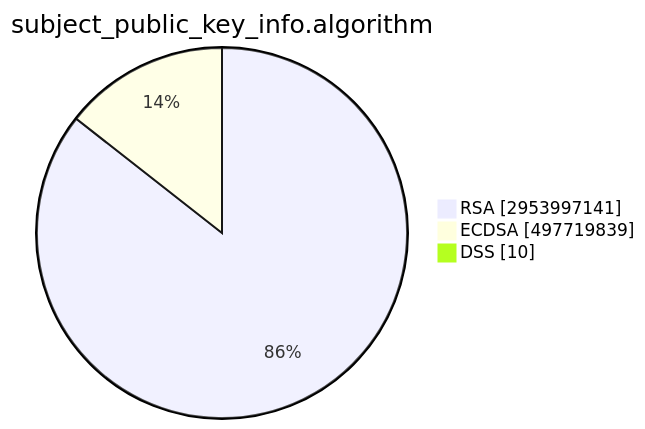
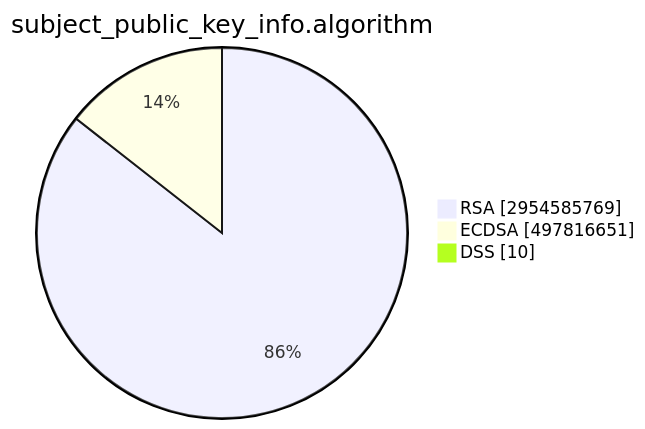
The second of 15 diagrams in TOTAL/README.md (christiankrug/ctmonitor_visualization), drawn with Mermaid before and after one commit. The commit also changed other lines of this file, not shown here.

````diff
--- a/TOTAL/README.md
+++ b/TOTAL/README.md
@@ -6,7 +6,7 @@
 ```mermaid
 pie showData
 title subject_public_key_info.algorithm
-"RSA" :2953997141
-"ECDSA" :497719839
+"RSA" :2954585769
+"ECDSA" :497816651
 "DSS" :10
 ```
````
